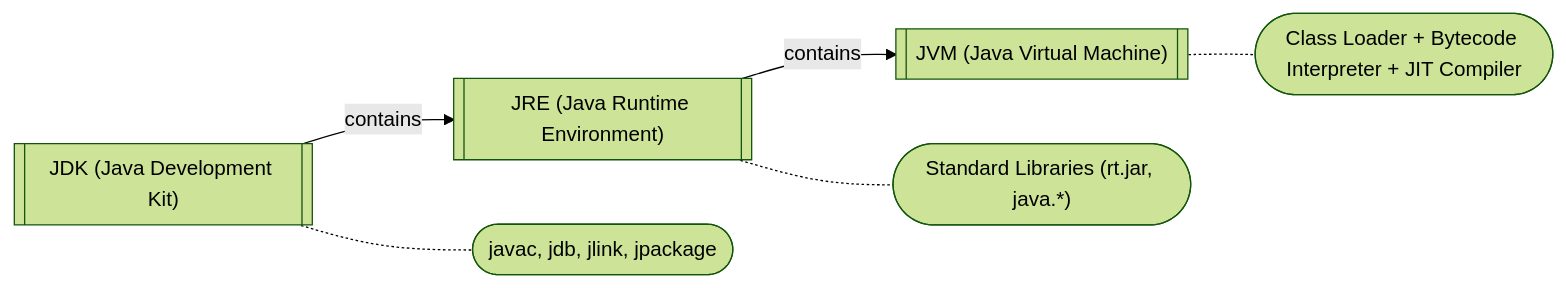
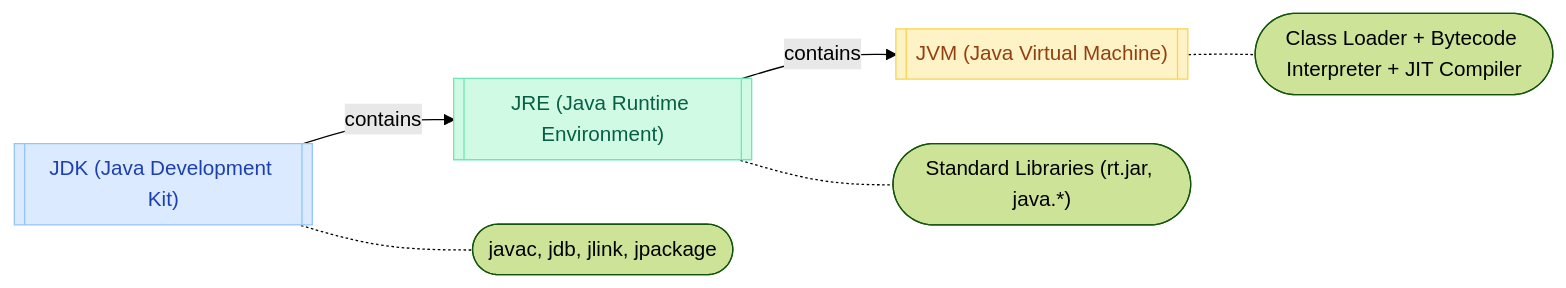
The first of 2 diagrams in docs/java/ecosystem.md (saivamsikaruturi/vamsilabs-dev-notes-main), drawn with Mermaid (forest theme) before and after one commit. The commit also changed other lines of this file and 220 other files, not shown here.

First line of the commit message:
Add 50+ new Java/Spring Boot pages, rewrite CSS code blocks to Oracle style, fix all diagram colors

````diff
--- a/docs/java/ecosystem.md
+++ b/docs/java/ecosystem.md
@@ -19,13 +19,17 @@
 ```mermaid
 flowchart LR
     JDK[["JDK (Java Development Kit)"]]
     JRE[["JRE (Java Runtime Environment)"]]
     JVM[["JVM (Java Virtual Machine)"]]
 
     JDK -->|contains| JRE
     JRE -->|contains| JVM
 
     JDK -.- DevTools(["javac, jdb, jlink, jpackage"])
     JRE -.- Libs(["Standard Libraries (rt.jar, java.*)"])
     JVM -.- Exec(["Class Loader + Bytecode Interpreter + JIT Compiler"])
+
+    style JDK fill:#DBEAFE,stroke:#93C5FD,color:#1E40AF
+    style JRE fill:#D1FAE5,stroke:#6EE7B7,color:#065F46
+    style JVM fill:#FEF3C7,stroke:#FCD34D,color:#92400E
 ```
````
